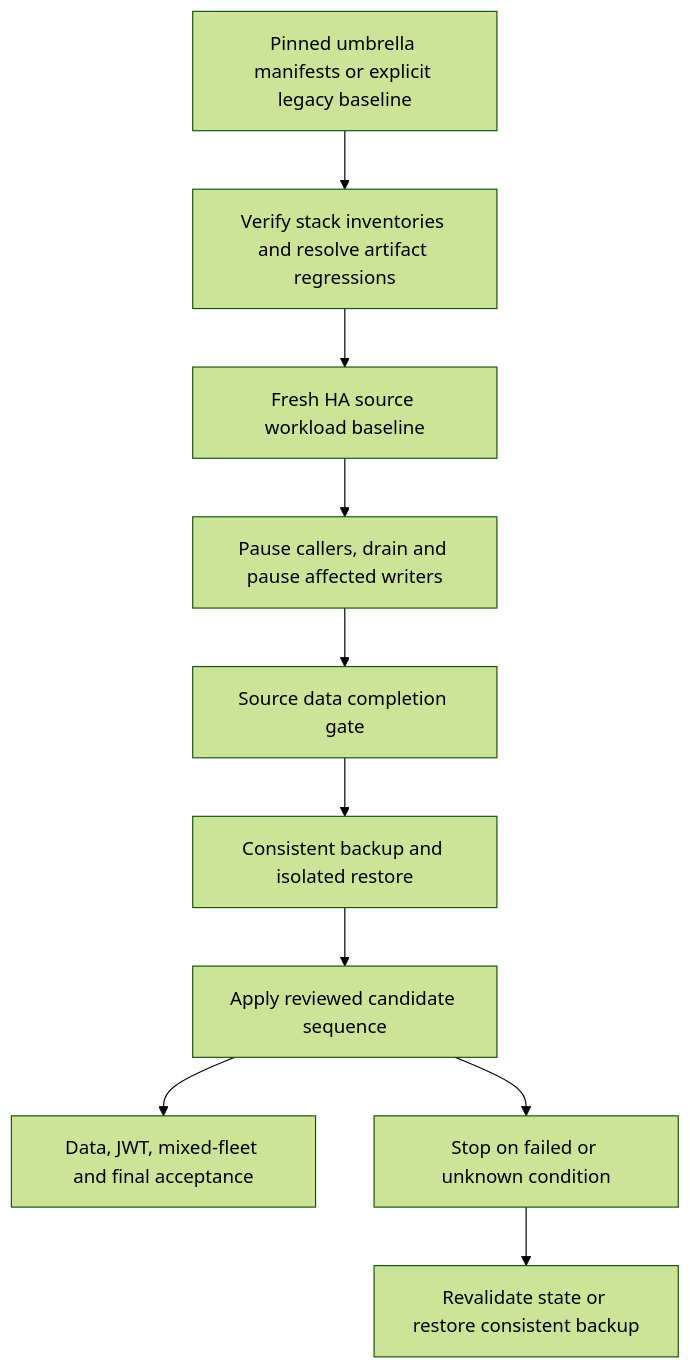
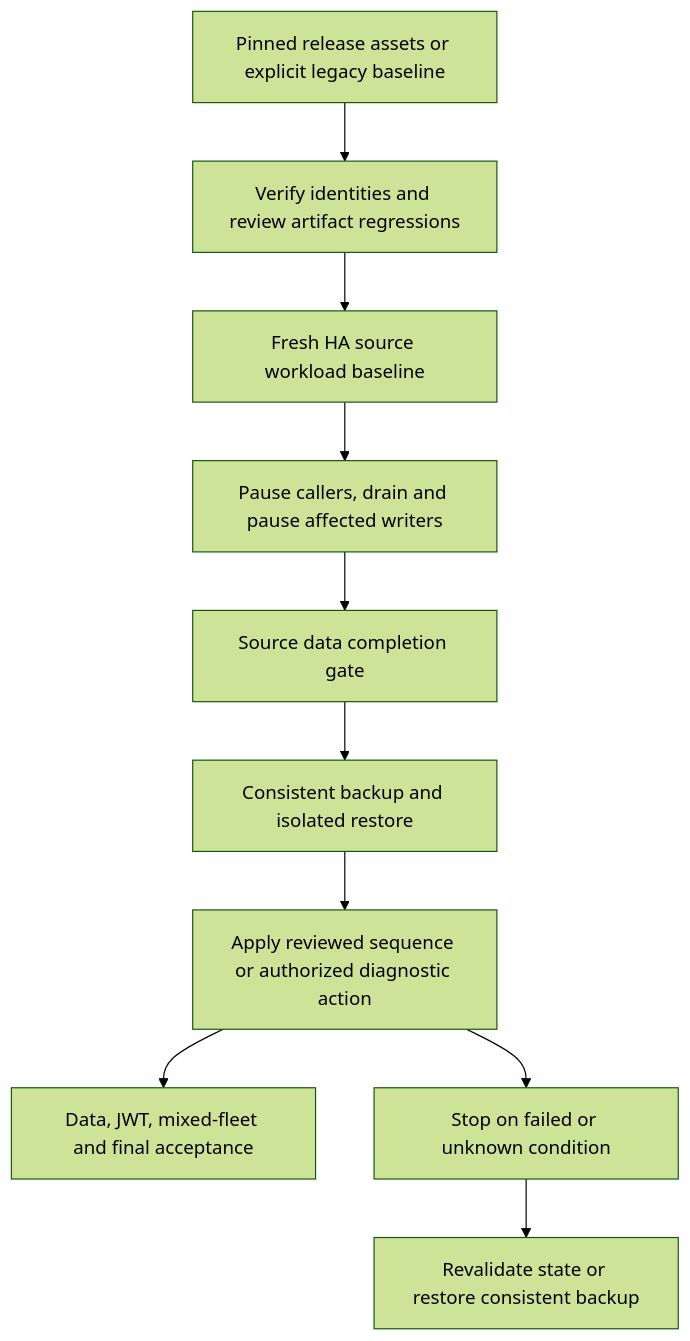
One commit to charles-hsiao/nvcf changed the diagram in docs/dev/upgrade-transitions.md. Above: the diagram before and after it, drawn with Mermaid (forest theme). The commit also changed other lines of this file and 16 other files, not shown here.

First line of the commit message:
fix(upgrade-lab): verify original umbrella bundles

````diff
--- a/docs/dev/upgrade-transitions.md
+++ b/docs/dev/upgrade-transitions.md
@@ -135,12 +150,12 @@
 ```mermaid
 flowchart TD
-  A[Pinned umbrella manifests or explicit legacy baseline] --> B[Verify stack inventories and resolve artifact regressions]
+  A[Pinned release assets or explicit legacy baseline] --> B[Verify identities and review artifact regressions]
   B --> C[Fresh HA source workload baseline]
   C --> P[Pause callers, drain and pause affected writers]
   P --> H[Source data completion gate]
   H --> I[Consistent backup and isolated restore]
-  I --> D[Apply reviewed candidate sequence]
+  I --> D[Apply reviewed sequence or authorized diagnostic action]
   D --> E[Data, JWT, mixed-fleet and final acceptance]
   D --> F[Stop on failed or unknown condition]
   F --> G[Revalidate state or restore consistent backup]
 ```
````
